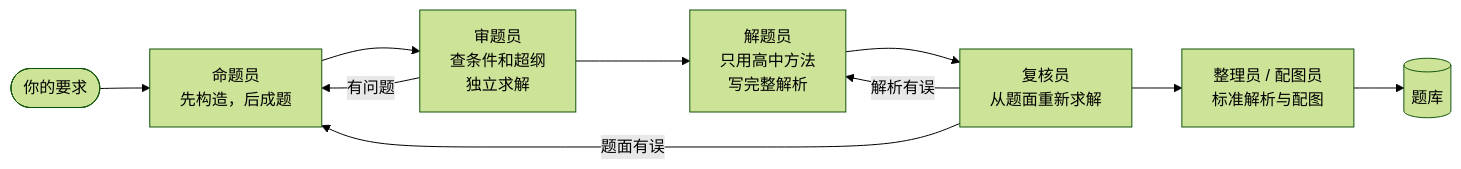
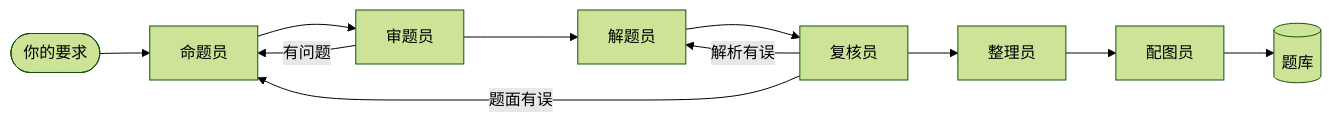
One commit to DarkMoonWarrior/Tetra changed the diagram in README.md. Above: the diagram before and after it, drawn with Mermaid (forest theme). The commit also changed other lines of this file, not shown here.

Commit message:
README：徽章排成一行，简化流程图，收紧几处说法
评测还没有跑过，去掉"能拦住大部分错误"这类没有数据支持的说法。

````diff
--- a/README.md
+++ b/README.md
@@ -110,12 +107,13 @@
 ```mermaid
 flowchart LR
-    A([你的要求]) --> B[命题员<br/>先构造，后成题]
-    B --> C[审题员<br/>查条件和超纲<br/>独立求解]
+    A([你的要求]) --> B[命题员]
+    B --> C[审题员]
     C -- 有问题 --> B
-    C --> D[解题员<br/>只用高中方法<br/>写完整解析]
-    D --> E[复核员<br/>从题面重新求解]
+    C --> D[解题员]
+    D --> E[复核员]
     E -- 解析有误 --> D
     E -- 题面有误 --> B
-    E --> F[整理员 / 配图员<br/>标准解析与配图]
-    F --> G[(题库)]
+    E --> F[整理员]
+    F --> G[配图员]
+    G --> H[(题库)]
 ```
````
